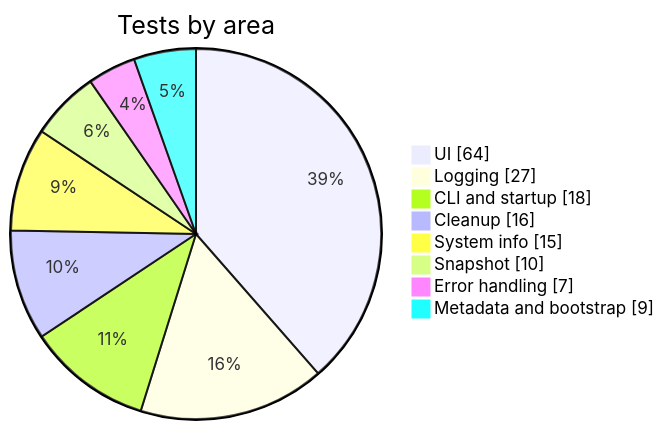
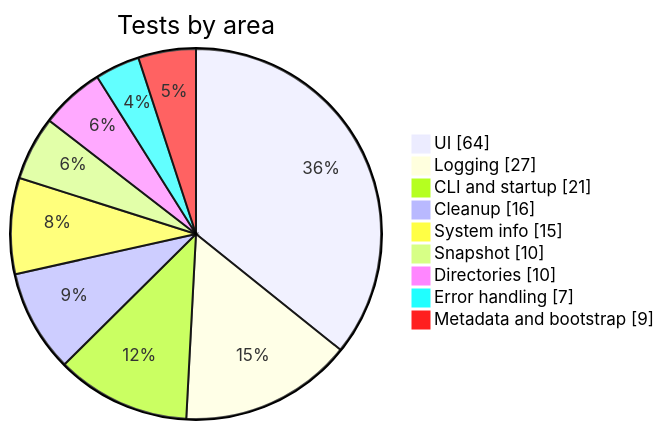
The second of 4 diagrams in docs/development.md (Armoghans-Organization/Omarchy-Tweaker), drawn with Mermaid before and after one commit. The commit also changed other lines of this file and 16 other files, not shown here.

````diff
--- a/docs/development.md
+++ b/docs/development.md
@@ -473,12 +477,13 @@
 ```mermaid
 pie showData
     title Tests by area
     "UI" : 64
     "Logging" : 27
-    "CLI and startup" : 18
+    "CLI and startup" : 21
     "Cleanup" : 16
     "System info" : 15
     "Snapshot" : 10
+    "Directories" : 10
     "Error handling" : 7
     "Metadata and bootstrap" : 9
 ```
````
